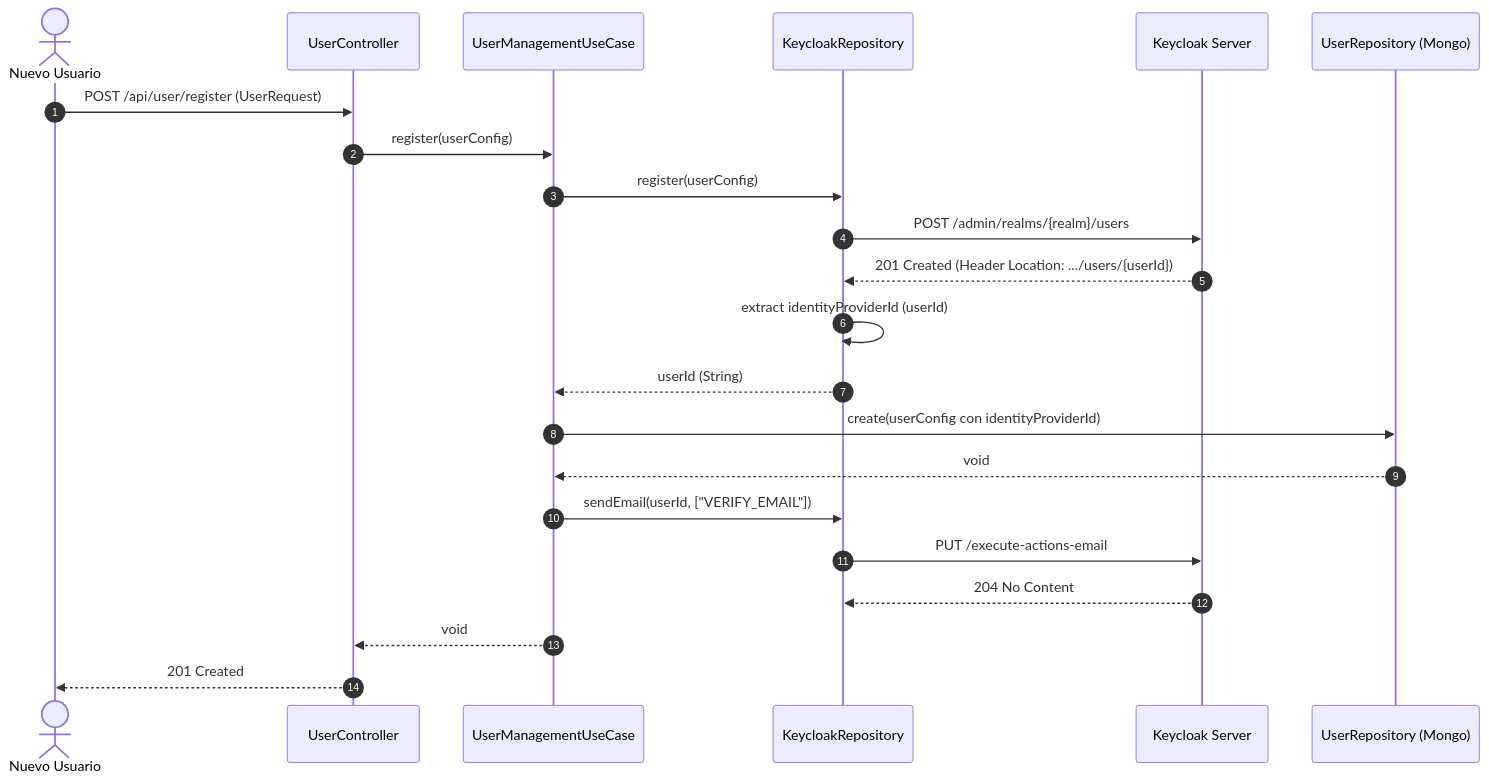
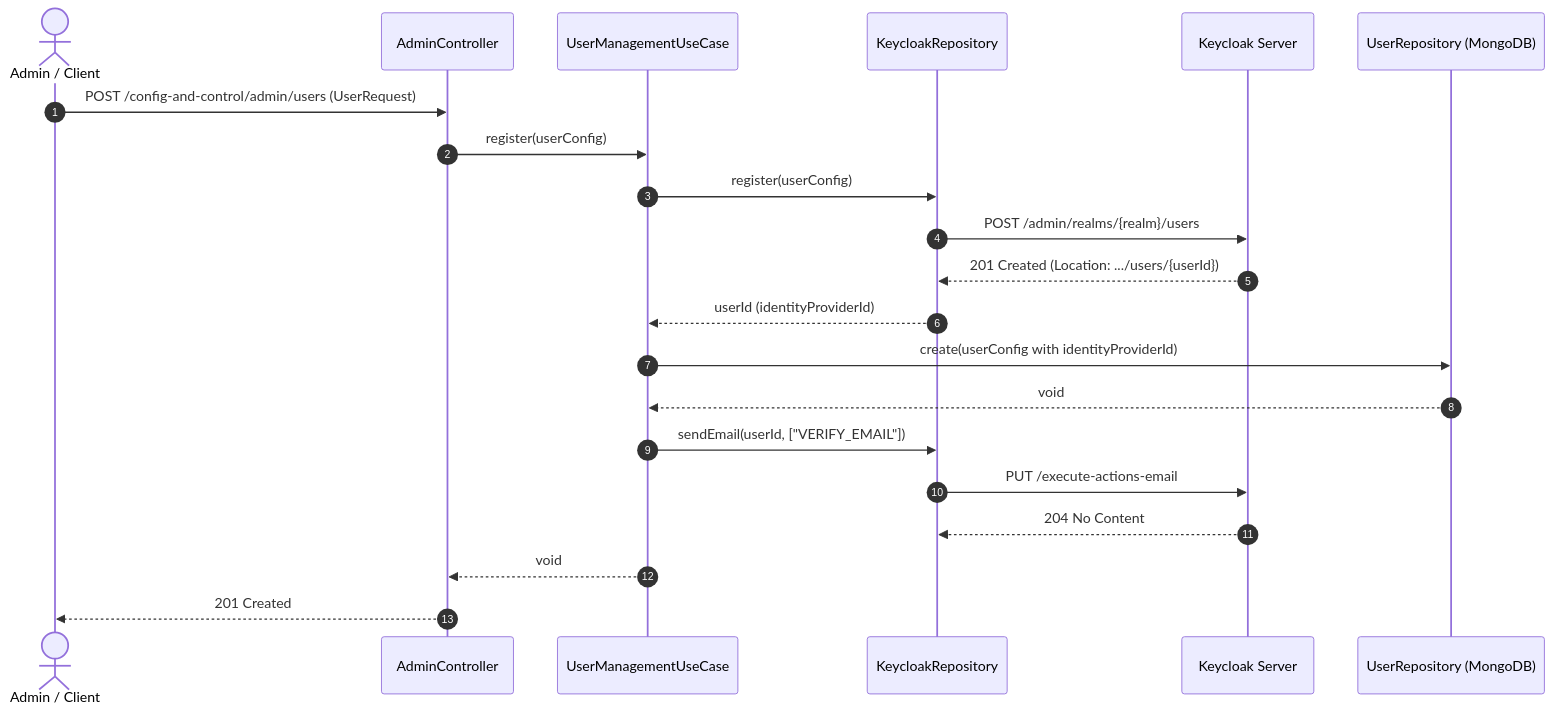
Before and after one commit to Biopatternsg-ms/config-and-control: the diagram in .agents/use_cases/UserManagementUseCase.md, drawn with Mermaid. The commit also changed other lines of this file and 16 other files, not shown here.

````diff
--- a/.agents/use_cases/UserManagementUseCase.md
+++ b/.agents/use_cases/UserManagementUseCase.md
@@ -41,25 +41,24 @@
 ```mermaid
 sequenceDiagram
     autonumber
-    actor Usuario as Nuevo Usuario
-    participant Controller as UserController
+    actor Admin as Admin / Client
+    participant Controller as AdminController
     participant UseCase as UserManagementUseCase
     participant KeycloakRepo as KeycloakRepository
     participant Keycloak as Keycloak Server
-    participant UserRepo as UserRepository (Mongo)
+    participant UserRepo as UserRepository (MongoDB)
 
-    Usuario->>Controller: POST /api/user/register (UserRequest)
+    Admin->>Controller: POST /config-and-control/admin/users (UserRequest)
     Controller->>UseCase: register(userConfig)
     UseCase->>KeycloakRepo: register(userConfig)
     KeycloakRepo->>Keycloak: POST /admin/realms/{realm}/users
-    Keycloak-->>KeycloakRepo: 201 Created (Header Location: .../users/{userId})
-    KeycloakRepo->>KeycloakRepo: extract identityProviderId (userId)
-    KeycloakRepo-->>UseCase: userId (String)
-    UseCase->>UserRepo: create(userConfig con identityProviderId)
+    Keycloak-->>KeycloakRepo: 201 Created (Location: .../users/{userId})
+    KeycloakRepo-->>UseCase: userId (identityProviderId)
+    UseCase->>UserRepo: create(userConfig with identityProviderId)
     UserRepo-->>UseCase: void
     UseCase->>KeycloakRepo: sendEmail(userId, ["VERIFY_EMAIL"])
     KeycloakRepo->>Keycloak: PUT /execute-actions-email
     Keycloak-->>KeycloakRepo: 204 No Content
     UseCase-->>Controller: void
-    Controller-->>Usuario: 201 Created
+    Controller-->>Admin: 201 Created
 ```
````
